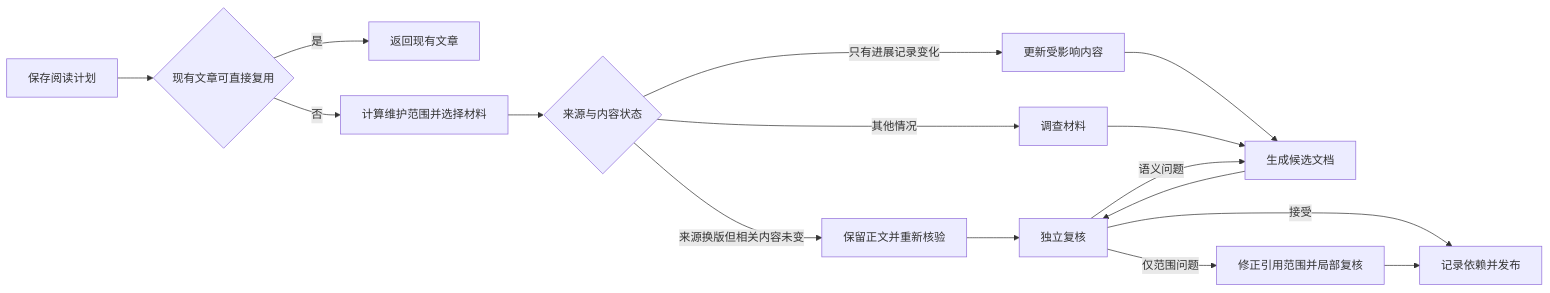
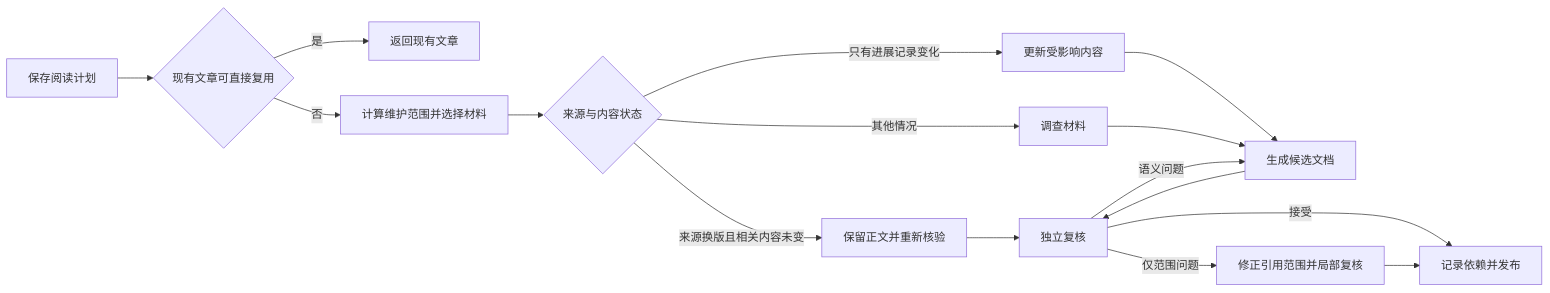
The diagram in .repo-review/knowledge/articles/b22d52764b13721657e246604945c1dd1a082a38d3efee3d14e3d808709bcad5.md (lejunyang/omem), drawn with Mermaid before and after one commit. The commit also changed other lines of this file and 23 other files, not shown here.

````diff
--- a/.repo-review/knowledge/articles/b22d52764b13721657e246604945c1dd1a082a38d3efee3d14e3d808709bcad5.md
+++ b/.repo-review/knowledge/articles/b22d52764b13721657e246604945c1dd1a082a38d3efee3d14e3d808709bcad5.md
@@ -21,18 +21,18 @@
 ```mermaid
 flowchart LR
   A[保存阅读计划] --> B{现有文章可直接复用}
   B -->|是| C[返回现有文章]
   B -->|否| D[计算维护范围并选择材料]
   D --> E{来源与内容状态}
-  E -->|来源换版但相关内容未变| F[保留正文并重新核验]
+  E -->|来源换版且相关内容未变| F[保留正文并重新核验]
   E -->|只有进展记录变化| G[更新受影响内容]
   E -->|其他情况| H[调查材料]
   G --> I[生成候选文档]
   H --> I
   F --> J[独立复核]
   I --> J
   J -->|接受| K[记录依赖并发布]
   J -->|语义问题| I
   J -->|仅范围问题| L[修正引用范围并局部复核]
   L --> K
 ```
````
